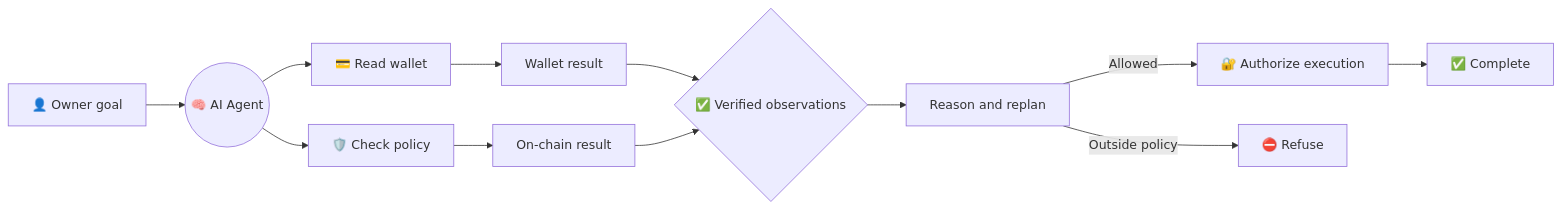
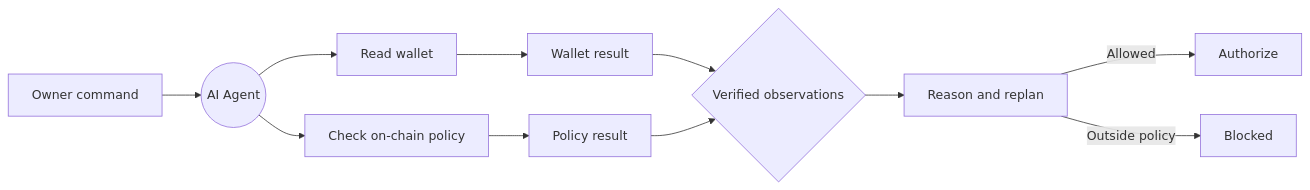
One commit to fatraelkarizm/Agacy changed the second of 3 diagrams in README.md. Above: the diagram before and after it, drawn with Mermaid. The commit also changed other lines of this file and 1 other file, not shown here.

````diff
--- a/README.md
+++ b/README.md
@@ -44,14 +137,13 @@
 ```mermaid
 flowchart LR
-    O[👤 Owner goal] --> A((🧠 AI Agent))
-    A --> W[💳 Read wallet]
-    A --> P[🛡️ Check policy]
+    C[Owner command] --> A((AI Agent))
+    A --> W[Read wallet]
+    A --> P[Check on-chain policy]
     W --> WR[Wallet result]
-    P --> PR[On-chain result]
-    WR --> V{✅ Verified observations}
+    P --> PR[Policy result]
+    WR --> V{Verified observations}
     PR --> V
     V --> D[Reason and replan]
-    D -->|Allowed| X[🔐 Authorize execution]
-    D -->|Outside policy| R[⛔ Refuse]
-    X --> C[✅ Complete]
+    D -->|Allowed| X[Authorize]
+    D -->|Outside policy| B[Blocked]
 ```
````
